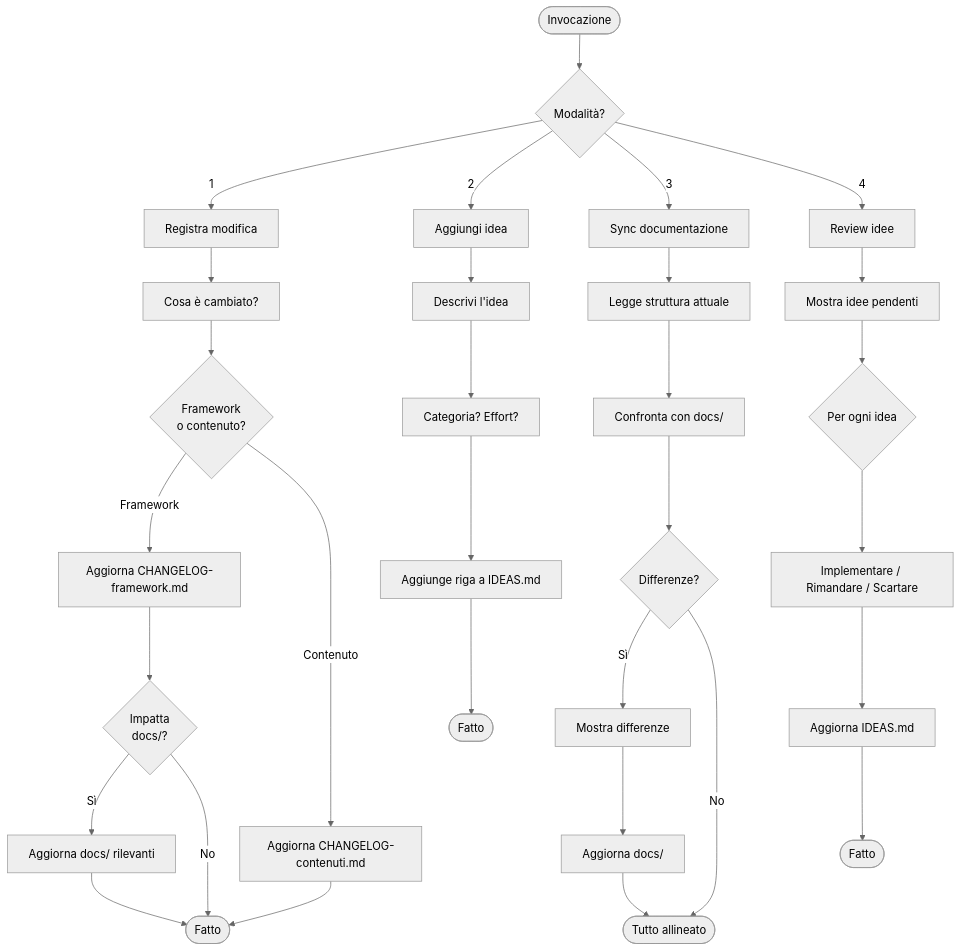
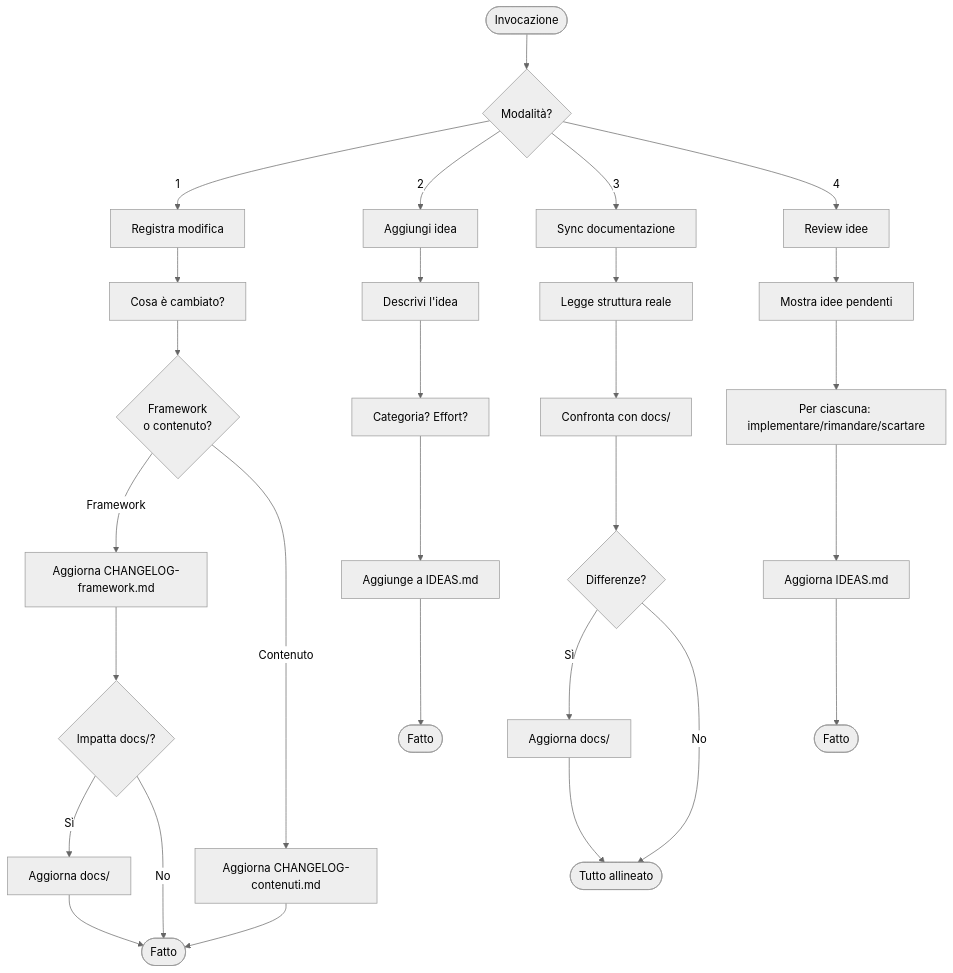
The eighth of 8 diagrams in docs/skills.md (SimoneBriganteLaif/SimoneAI), drawn with Mermaid (neutral theme) before and after one commit. The commit also changed other lines of this file and 14 other files, not shown here.

````diff
--- a/docs/skills.md
+++ b/docs/skills.md
@@ -204,37 +235,35 @@
 ```mermaid
 flowchart TD
     START([Invocazione]) --> MODE{Modalità?}
     MODE -->|1| REG[Registra modifica]
     MODE -->|2| IDEA[Aggiungi idea]
     MODE -->|3| SYNC[Sync documentazione]
     MODE -->|4| REV[Review idee]
 
     REG --> RQ1[Cosa è cambiato?]
     RQ1 --> RQ2{Framework\no contenuto?}
     RQ2 -->|Framework| CL_F[Aggiorna CHANGELOG-framework.md]
     RQ2 -->|Contenuto| CL_C[Aggiorna CHANGELOG-contenuti.md]
-    CL_F --> RQ3{Impatta\ndocs/?}
-    RQ3 -->|Sì| UPD_DOC[Aggiorna docs/ rilevanti]
+    CL_F --> RQ3{Impatta docs/?}
+    RQ3 -->|Sì| UPD_DOC[Aggiorna docs/]
     RQ3 -->|No| DONE_R([Fatto])
     UPD_DOC --> DONE_R
     CL_C --> DONE_R
 
     IDEA --> IQ1[Descrivi l'idea]
     IQ1 --> IQ2[Categoria? Effort?]
-    IQ2 --> ADD[Aggiunge riga a IDEAS.md]
+    IQ2 --> ADD[Aggiunge a IDEAS.md]
     ADD --> DONE_I([Fatto])
 
-    SYNC --> READ[Legge struttura attuale]
+    SYNC --> READ[Legge struttura reale]
     READ --> DIFF[Confronta con docs/]
     DIFF --> PROP{Differenze?}
-    PROP -->|Sì| SHOW[Mostra differenze]
-    SHOW --> FIX[Aggiorna docs/]
+    PROP -->|Sì| FIX[Aggiorna docs/]
     PROP -->|No| OK([Tutto allineato])
     FIX --> OK
 
     REV --> LIST[Mostra idee pendenti]
-    LIST --> EACH{Per ogni idea}
-    EACH --> DEC[Implementare / Rimandare / Scartare]
+    LIST --> DEC[Per ciascuna: implementare/rimandare/scartare]
     DEC --> UPD_ID[Aggiorna IDEAS.md]
     UPD_ID --> DONE_V([Fatto])
 ```
````
